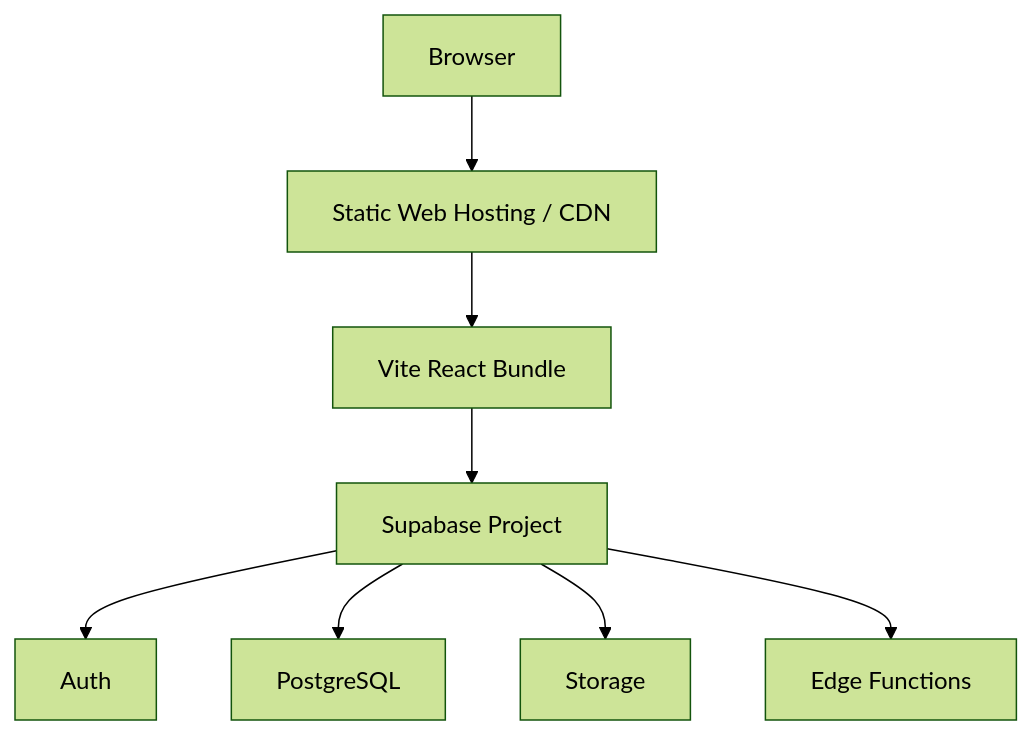
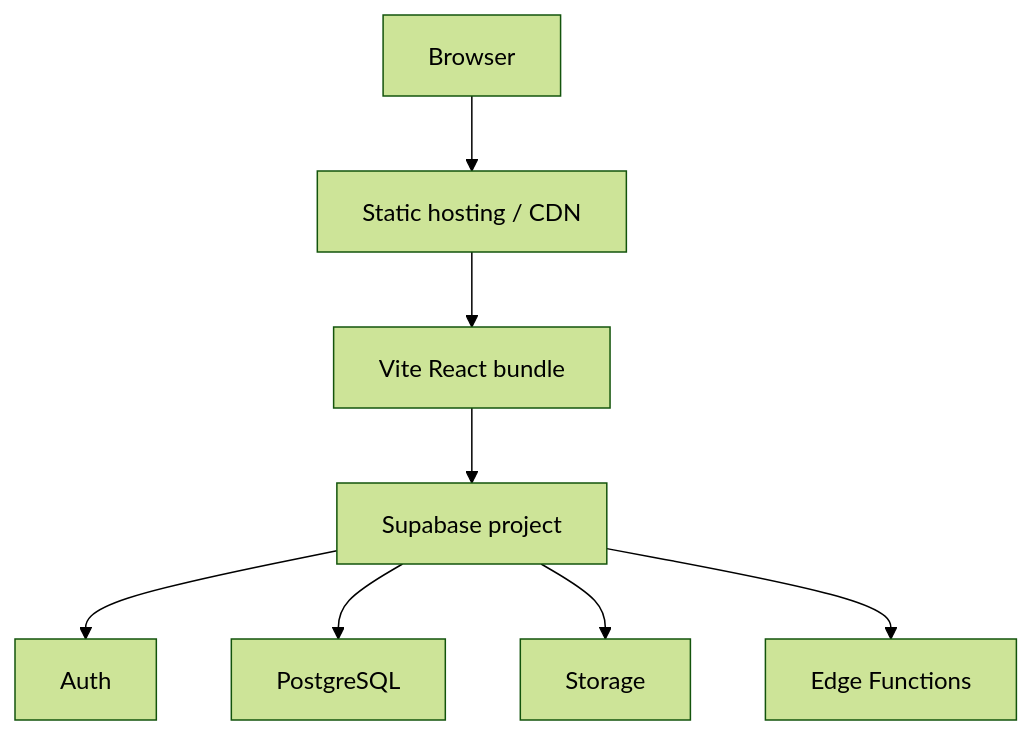
One commit to phong-dokhoahai/nam-phong-store changed the sixth of 6 diagrams in docs/ARCHITECTURE.md. Above: the diagram before and after it, drawn with Mermaid (forest theme). The commit also changed other lines of this file and 23 other files, not shown here.

````diff
--- a/docs/ARCHITECTURE.md
+++ b/docs/ARCHITECTURE.md
@@ -797,10 +269,10 @@
 ```mermaid
 flowchart TD
-    B["Browser"] --> CDN["Static Web Hosting / CDN"]
-    CDN --> APP["Vite React Bundle"]
-    APP --> SUPA["Supabase Project"]
+    B["Browser"] --> HOST["Static hosting / CDN"]
+    HOST --> SPA["Vite React bundle"]
+    SPA --> SUPA["Supabase project"]
     SUPA --> AUTH["Auth"]
     SUPA --> DB["PostgreSQL"]
-    SUPA --> STORE["Storage"]
+    SUPA --> STORAGE["Storage"]
     SUPA --> EDGE["Edge Functions"]
 ```
````
